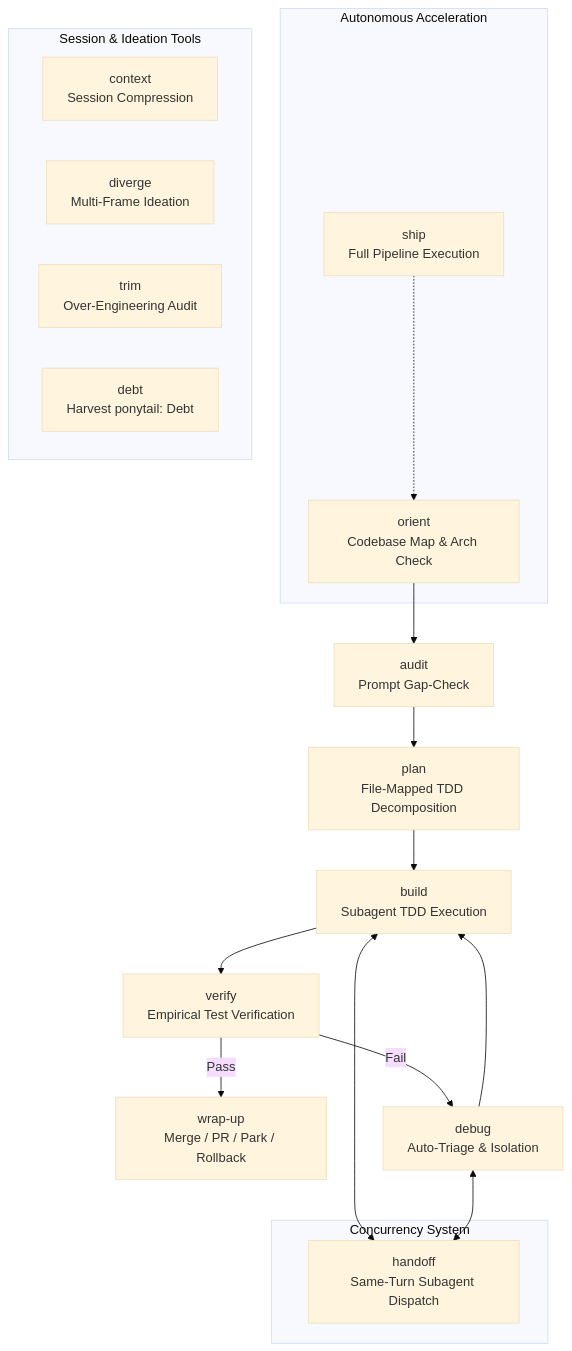
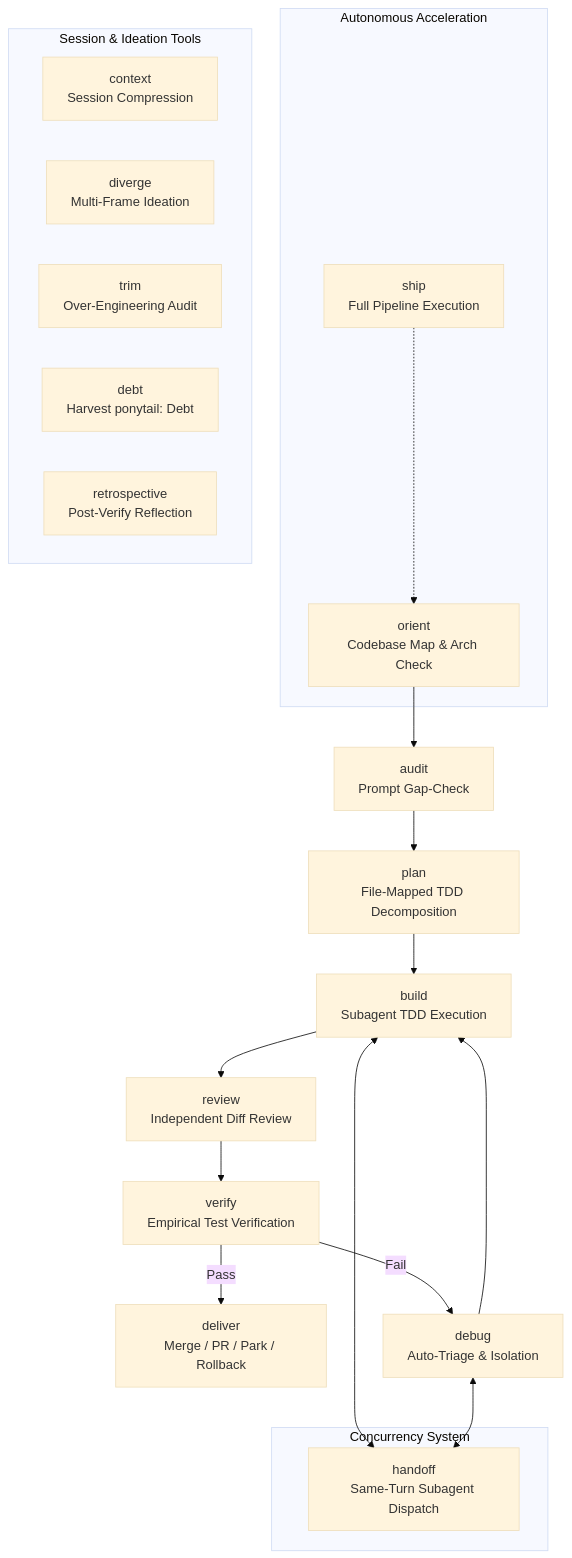
Before and after one commit to numairfm/ambrosia: the diagram in README.md, drawn with Mermaid (base theme). The commit also changed other lines of this file, not shown here.

````diff
--- a/README.md
+++ b/README.md
@@ -82,27 +72,29 @@
 ```mermaid
 flowchart TD
-    A[orient<br>Codebase Map & Arch Check] --> B[audit<br>Prompt Gap-Check]
-    B --> C[plan<br>File-Mapped TDD Decomposition]
-    C --> D[build<br>Subagent TDD Execution]
-    D --> E[verify<br>Empirical Test Verification]
-    E -->|Pass| F[wrap-up<br>Merge / PR / Park / Rollback]
-    E -->|Fail| G[debug<br>Auto-Triage & Isolation]
+    A["orient<br>Codebase Map & Arch Check"] --> B["audit<br>Prompt Gap-Check"]
+    B --> C["plan<br>File-Mapped TDD Decomposition"]
+    C --> D["build<br>Subagent TDD Execution"]
+    D --> R["review<br>Independent Diff Review"]
+    R --> E["verify<br>Empirical Test Verification"]
+    E -->|Pass| F["deliver<br>Merge / PR / Park / Rollback"]
+    E -->|Fail| G["debug<br>Auto-Triage & Isolation"]
     G --> D
 
     subgraph Autonomous Acceleration
-        H[ship<br>Full Pipeline Execution] -.-> A
+        H["ship<br>Full Pipeline Execution"] -.-> A
     end
 
     subgraph Session & Ideation Tools
-        I[context<br>Session Compression]
-        J[diverge<br>Multi-Frame Ideation]
-        K[trim<br>Over-Engineering Audit]
-        L[debt<br>Harvest ponytail: Debt]
+        I["context<br>Session Compression"]
+        J["diverge<br>Multi-Frame Ideation"]
+        K["trim<br>Over-Engineering Audit"]
+        L["debt<br>Harvest ponytail: Debt"]
+        N["retrospective<br>Post-Verify Reflection"]
     end
 
     subgraph Concurrency System
-        M[handoff<br>Same-Turn Subagent Dispatch]
+        M["handoff<br>Same-Turn Subagent Dispatch"]
     end
     D <--> M
     G <--> M
 ```
````
